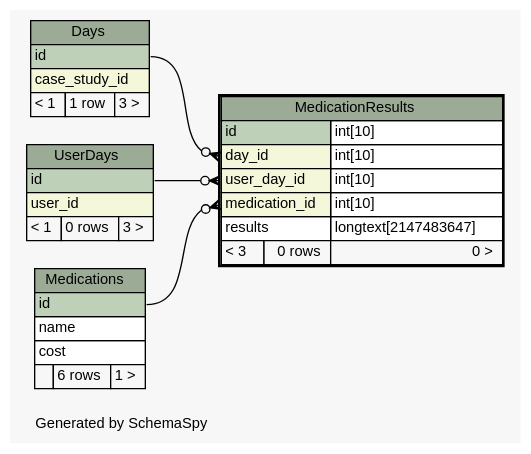
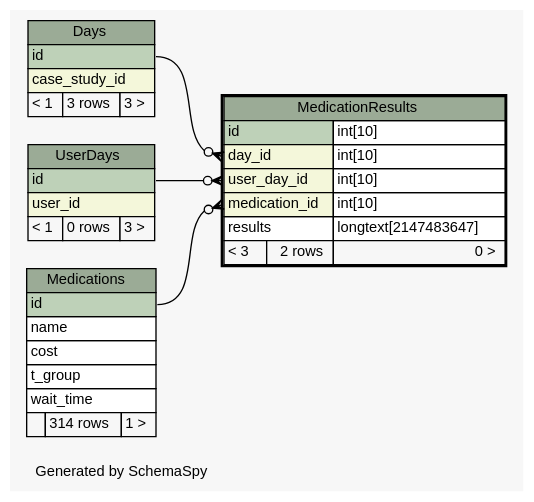
The diagram in web/files/schema/diagrams/MedicationResults.1degree.dot (carrel2/CaseStudies), drawn with Graphviz before and after one commit. The commit also changed 206 other files, not shown here.

```diff
--- a/web/files/schema/diagrams/MedicationResults.1degree.dot
+++ b/web/files/schema/diagrams/MedicationResults.1degree.dot
@@ -1,73 +1,75 @@
-// dot 2.38.0 on Linux 4.4.0-72-generic
+// dot 2.38.0 on Linux 4.4.0-77-generic
 // SchemaSpy rev 590
 digraph "oneDegreeRelationshipsDiagram" {
   graph [
     rankdir="RL"
     bgcolor="#f7f7f7"
     label="\nGenerated by SchemaSpy"
     labeljust="l"
     nodesep="0.18"
     ranksep="0.46"
     fontname="Helvetica"
     fontsize="11"
   ];
   node [
     fontname="Helvetica"
     fontsize="11"
     shape="plaintext"
   ];
   edge [
     arrowsize="0.8"
   ];
   "MedicationResults":"day_id":w -> "Days":"id":e [arrowhead=none dir=back arrowtail=crowodot];
   "MedicationResults":"medication_id":w -> "Medications":"id":e [arrowhead=none dir=back arrowtail=crowodot];
   "MedicationResults":"user_day_id":w -> "UserDays":"id":e [arrowhead=none dir=back arrowtail=crowodot];
   "Days" [
     label=<
     <TABLE BORDER="0" CELLBORDER="1" CELLSPACING="0" BGCOLOR="#ffffff">
       <TR><TD COLSPAN="3" BGCOLOR="#9bab96" ALIGN="CENTER">Days</TD></TR>
       <TR><TD PORT="id" COLSPAN="3" BGCOLOR="#bed1b8" ALIGN="LEFT">id</TD></TR>
       <TR><TD PORT="case_study_id" COLSPAN="3" BGCOLOR="#f4f7da" ALIGN="LEFT">case_study_id</TD></TR>
-      <TR><TD ALIGN="LEFT" BGCOLOR="#f7f7f7">&lt; 1</TD><TD ALIGN="RIGHT" BGCOLOR="#f7f7f7">1 row</TD><TD ALIGN="RIGHT" BGCOLOR="#f7f7f7">3 &gt;</TD></TR>
+      <TR><TD ALIGN="LEFT" BGCOLOR="#f7f7f7">&lt; 1</TD><TD ALIGN="RIGHT" BGCOLOR="#f7f7f7">3 rows</TD><TD ALIGN="RIGHT" BGCOLOR="#f7f7f7">3 &gt;</TD></TR>
     </TABLE>>
     URL="Days.html"
     tooltip="Days"
   ];
   "MedicationResults" [
     label=<
     <TABLE BORDER="2" CELLBORDER="1" CELLSPACING="0" BGCOLOR="#ffffff">
       <TR><TD COLSPAN="3" BGCOLOR="#9bab96" ALIGN="CENTER">MedicationResults</TD></TR>
       <TR><TD PORT="id" COLSPAN="2" BGCOLOR="#bed1b8" ALIGN="LEFT">id</TD><TD PORT="id.type" ALIGN="LEFT">int[10]</TD></TR>
       <TR><TD PORT="day_id" COLSPAN="2" BGCOLOR="#f4f7da" ALIGN="LEFT">day_id</TD><TD PORT="day_id.type" ALIGN="LEFT">int[10]</TD></TR>
       <TR><TD PORT="user_day_id" COLSPAN="2" BGCOLOR="#f4f7da" ALIGN="LEFT">user_day_id</TD><TD PORT="user_day_id.type" ALIGN="LEFT">int[10]</TD></TR>
       <TR><TD PORT="medication_id" COLSPAN="2" BGCOLOR="#f4f7da" ALIGN="LEFT">medication_id</TD><TD PORT="medication_id.type" ALIGN="LEFT">int[10]</TD></TR>
       <TR><TD PORT="results" COLSPAN="2" ALIGN="LEFT">results</TD><TD PORT="results.type" ALIGN="LEFT">longtext[2147483647]</TD></TR>
-      <TR><TD ALIGN="LEFT" BGCOLOR="#f7f7f7">&lt; 3</TD><TD ALIGN="RIGHT" BGCOLOR="#f7f7f7">0 rows</TD><TD ALIGN="RIGHT" BGCOLOR="#f7f7f7">0 &gt;</TD></TR>
+      <TR><TD ALIGN="LEFT" BGCOLOR="#f7f7f7">&lt; 3</TD><TD ALIGN="RIGHT" BGCOLOR="#f7f7f7">2 rows</TD><TD ALIGN="RIGHT" BGCOLOR="#f7f7f7">0 &gt;</TD></TR>
     </TABLE>>
     URL="MedicationResults.html"
     tooltip="MedicationResults"
   ];
   "Medications" [
     label=<
     <TABLE BORDER="0" CELLBORDER="1" CELLSPACING="0" BGCOLOR="#ffffff">
       <TR><TD COLSPAN="3" BGCOLOR="#9bab96" ALIGN="CENTER">Medications</TD></TR>
       <TR><TD PORT="id" COLSPAN="3" BGCOLOR="#bed1b8" ALIGN="LEFT">id</TD></TR>
       <TR><TD PORT="name" COLSPAN="3" ALIGN="LEFT">name</TD></TR>
       <TR><TD PORT="cost" COLSPAN="3" ALIGN="LEFT">cost</TD></TR>
-      <TR><TD ALIGN="LEFT" BGCOLOR="#f7f7f7">  </TD><TD ALIGN="RIGHT" BGCOLOR="#f7f7f7">6 rows</TD><TD ALIGN="RIGHT" BGCOLOR="#f7f7f7">1 &gt;</TD></TR>
+      <TR><TD PORT="t_group" COLSPAN="3" ALIGN="LEFT">t_group</TD></TR>
+      <TR><TD PORT="wait_time" COLSPAN="3" ALIGN="LEFT">wait_time</TD></TR>
+      <TR><TD ALIGN="LEFT" BGCOLOR="#f7f7f7">  </TD><TD ALIGN="RIGHT" BGCOLOR="#f7f7f7">314 rows</TD><TD ALIGN="RIGHT" BGCOLOR="#f7f7f7">1 &gt;</TD></TR>
     </TABLE>>
     URL="Medications.html"
     tooltip="Medications"
   ];
   "UserDays" [
     label=<
     <TABLE BORDER="0" CELLBORDER="1" CELLSPACING="0" BGCOLOR="#ffffff">
       <TR><TD COLSPAN="3" BGCOLOR="#9bab96" ALIGN="CENTER">UserDays</TD></TR>
       <TR><TD PORT="id" COLSPAN="3" BGCOLOR="#bed1b8" ALIGN="LEFT">id</TD></TR>
       <TR><TD PORT="user_id" COLSPAN="3" BGCOLOR="#f4f7da" ALIGN="LEFT">user_id</TD></TR>
       <TR><TD ALIGN="LEFT" BGCOLOR="#f7f7f7">&lt; 1</TD><TD ALIGN="RIGHT" BGCOLOR="#f7f7f7">0 rows</TD><TD ALIGN="RIGHT" BGCOLOR="#f7f7f7">3 &gt;</TD></TR>
     </TABLE>>
     URL="UserDays.html"
     tooltip="UserDays"
   ];
 }
```
